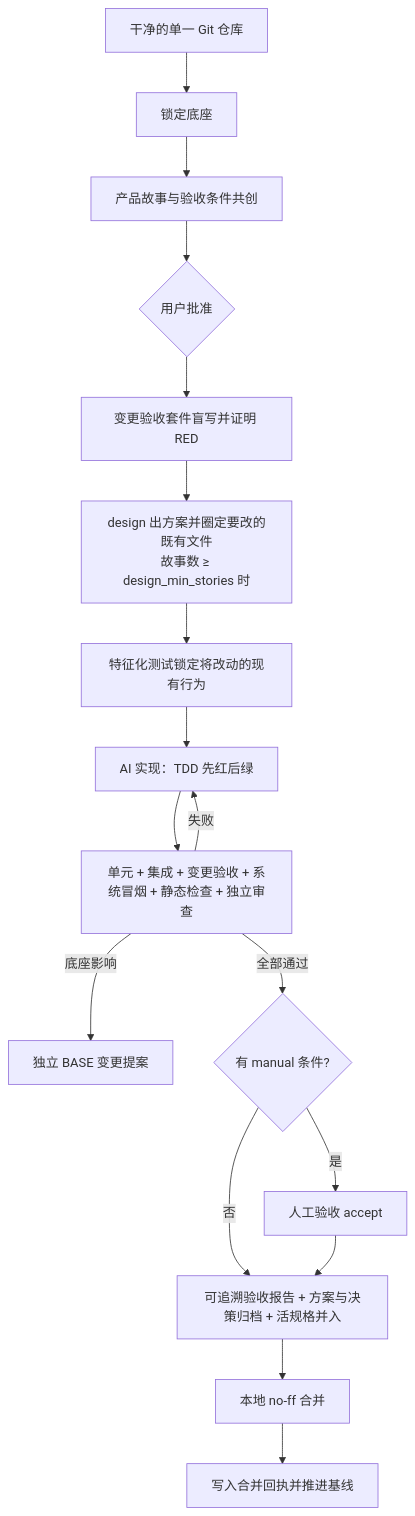
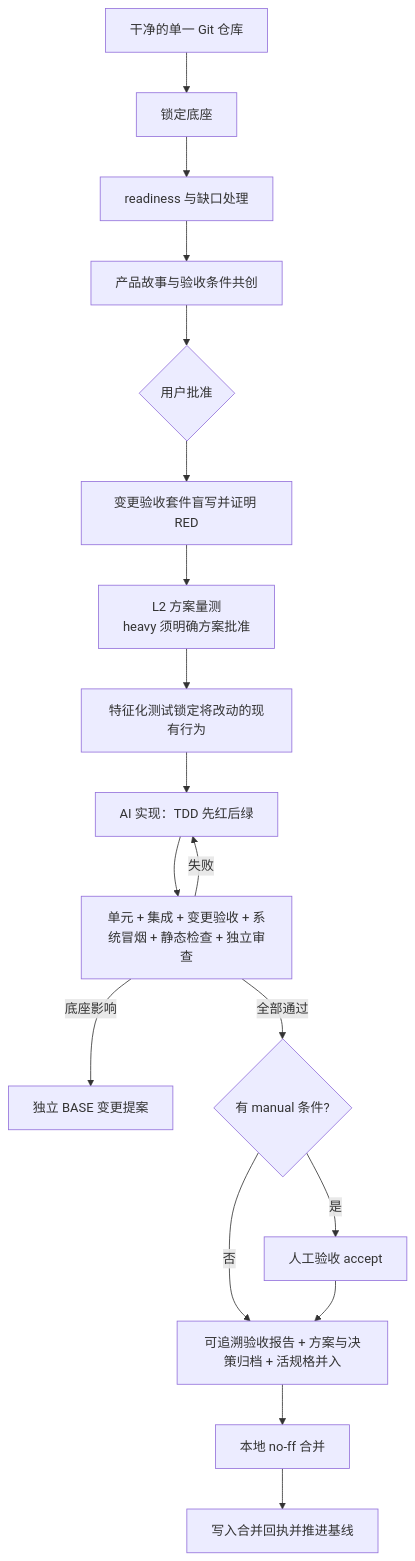
The diagram in README.md (jinlin725168-ai/storyloop), drawn with Mermaid before and after one commit. The commit also changed other lines of this file and 13 other files, not shown here.

````diff
--- a/README.md
+++ b/README.md
@@ -61,19 +67,20 @@
 ```mermaid
 flowchart TD
     A[干净的单一 Git 仓库] --> B[锁定底座]
-    B --> C[产品故事与验收条件共创]
+    B --> R[readiness 与缺口处理]
+    R --> C[产品故事与验收条件共创]
     C --> D{用户批准}
     D --> E[变更验收套件盲写并证明 RED]
-    E --> E1[design 出方案并圈定要改的既有文件<br/>故事数 ≥ design_min_stories 时]
+    E --> E1[L2 方案量测<br/>heavy 须明确方案批准]
     E1 --> E2[特征化测试锁定将改动的现有行为]
     E2 --> F[AI 实现：TDD 先红后绿]
     F --> G[单元 + 集成 + 变更验收 + 系统冒烟 + 静态检查 + 独立审查]
     G -->|失败| F
     G -->|底座影响| H[独立 BASE 变更提案]
     G -->|全部通过| H2{有 manual 条件?}
     H2 -->|是| M[人工验收 accept]
     H2 -->|否| I
     M --> I[可追溯验收报告 + 方案与决策归档 + 活规格并入]
     I --> J[本地 no-ff 合并]
     J --> K[写入合并回执并推进基线]
 ```
````
